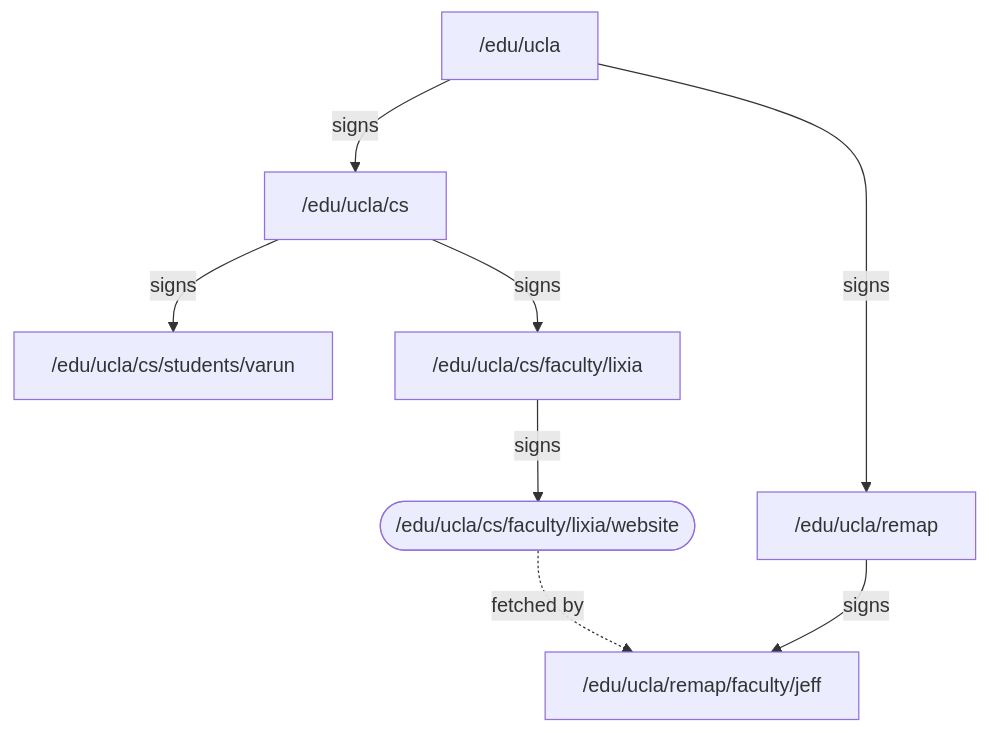
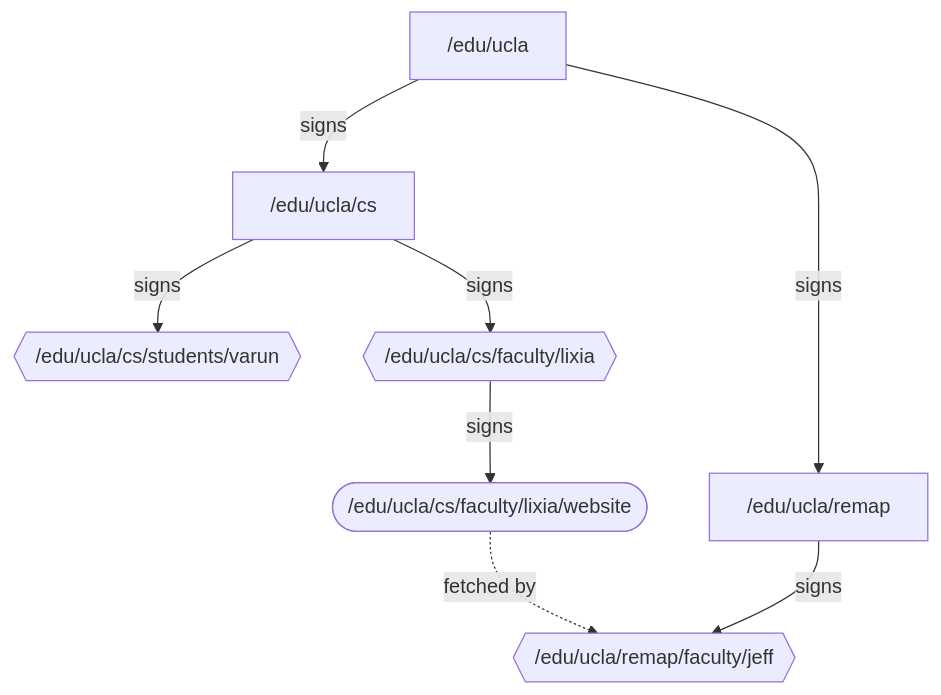
One commit to named-data/ndn-101 changed the second of 2 diagrams in docs/security/trust-model.md. Above: the diagram before and after it, drawn with Mermaid. The commit also changed other lines of this file, not shown here.

````diff
--- a/docs/security/trust-model.md
+++ b/docs/security/trust-model.md
@@ -84,11 +98,11 @@
 ``` mermaid
 flowchart TD
     /edu/ucla -->|signs| /edu/ucla/cs
     /edu/ucla -->|signs| /edu/ucla/remap
 
-    /edu/ucla/cs -->|signs| /edu/ucla/cs/students/varun
-    /edu/ucla/cs -->|signs| /edu/ucla/cs/faculty/lixia -->|signs| lws([/edu/ucla/cs/faculty/lixia/website])
-    /edu/ucla/remap -->|signs| /edu/ucla/remap/faculty/jeff
+    /edu/ucla/cs -->|signs| varun{{/edu/ucla/cs/students/varun}}
+    /edu/ucla/cs -->|signs| lixia{{/edu/ucla/cs/faculty/lixia}} -->|signs| lws([/edu/ucla/cs/faculty/lixia/website])
+    /edu/ucla/remap -->|signs| jeff{{/edu/ucla/remap/faculty/jeff}}
 
-    lws -. fetched by .-> /edu/ucla/remap/faculty/jeff
+    lws -. fetched by .-> jeff
 ```
````
